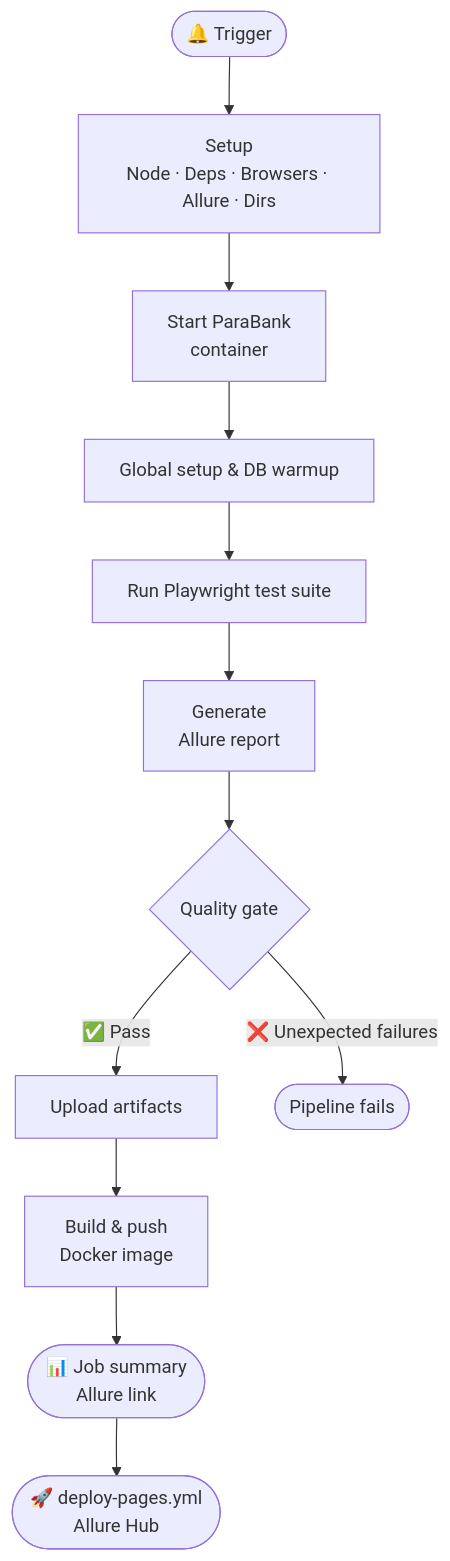
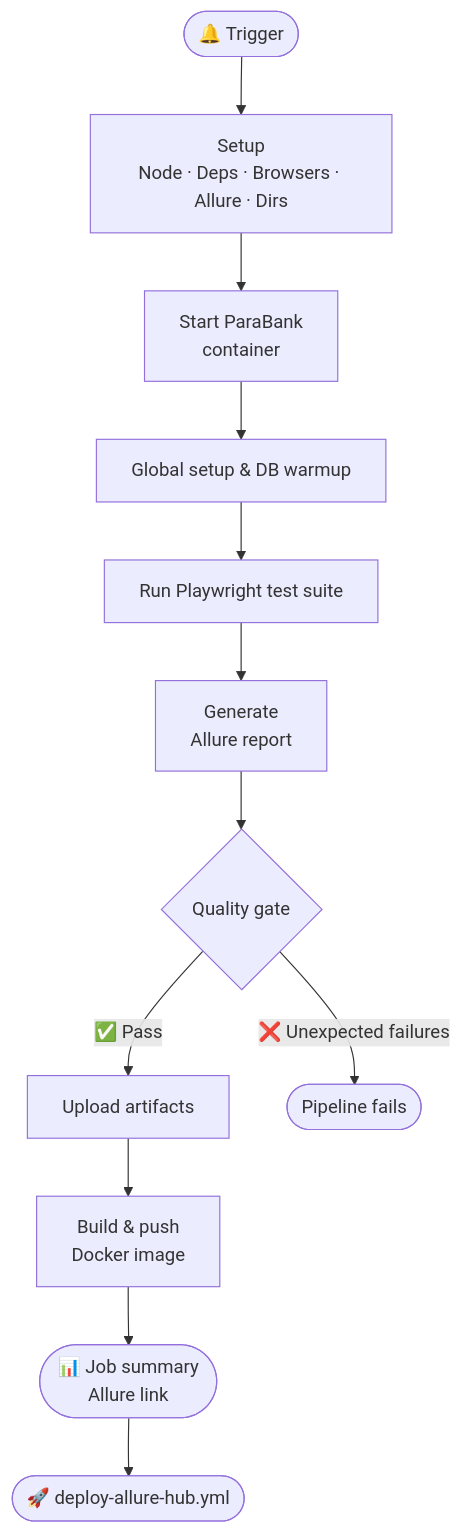
The diagram in 01_banking/parabank/README.md (alexB35/qa-automation-portfolio), drawn with Mermaid before and after one commit. The commit also changed other lines of this file and 4 other files, not shown here.

````diff
--- a/01_banking/parabank/README.md
+++ b/01_banking/parabank/README.md
@@ -78,14 +69,14 @@
 ```mermaid
 flowchart TD
     A([🔔 Trigger]) --> B[Setup\nNode · Deps · Browsers · Allure · Dirs]
     B --> C[Start ParaBank\ncontainer]
     C --> D[Global setup & DB warmup]
     D --> E[Run Playwright test suite]
     E --> F[Generate\nAllure report]
     F --> G{Quality gate}
     G -->|✅ Pass| H[Upload artifacts]
     G -->|❌ Unexpected failures| Z([Pipeline fails])
     H --> I[Build & push\nDocker image]
     I --> J([📊 Job summary\nAllure link])
-    J --> K([🚀 deploy-pages.yml\nAllure Hub])
+    J --> K([🚀 deploy-allure-hub.yml])
 ```
````
